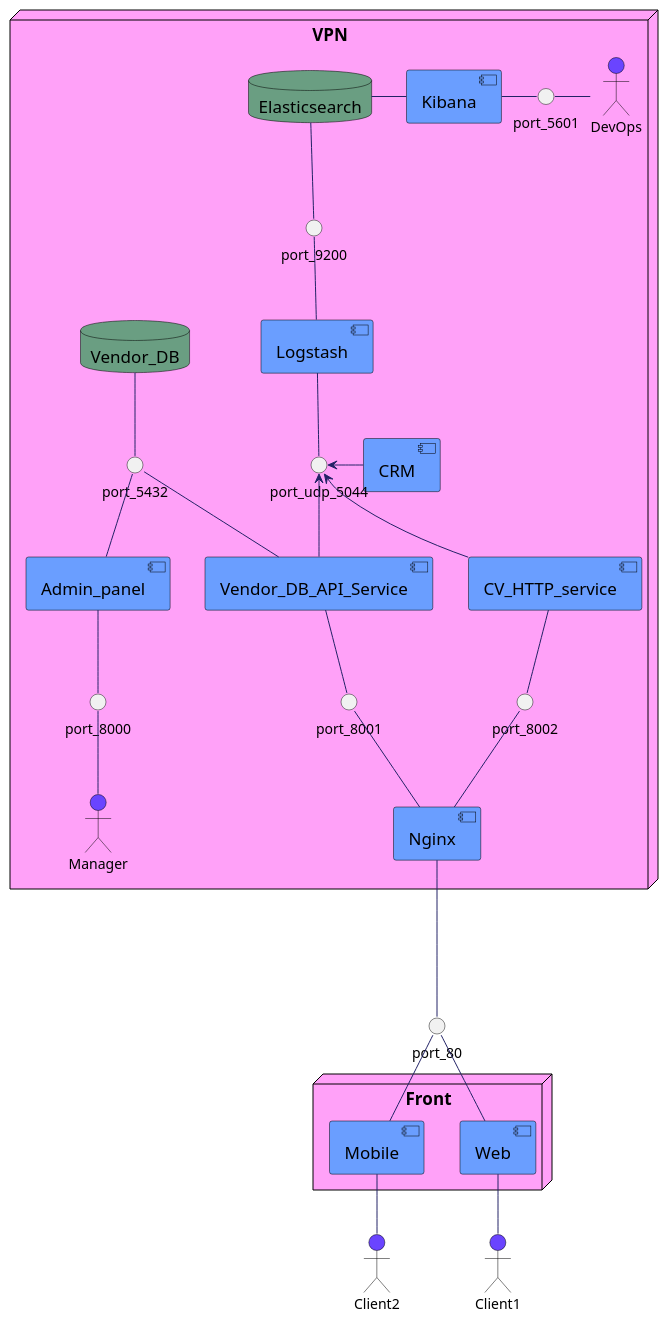
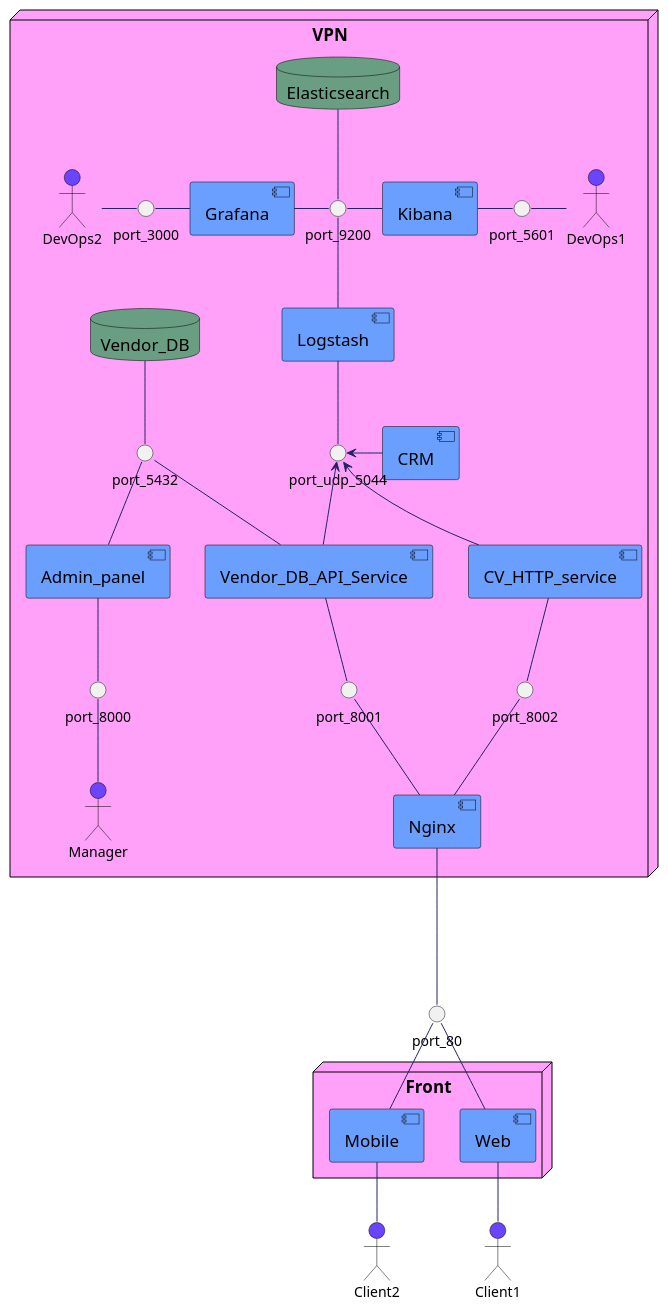
Before and after one commit to TNLinc/TonalCreamAssistant: the diagram in diagrams/backend/architecture.puml, drawn with PlantUML. The commit also changed 2 other files, not shown here.

```diff
--- a/diagrams/backend/architecture.puml
+++ b/diagrams/backend/architecture.puml
@@ -1,107 +1,113 @@
 @startuml
 skinparam component {
     FontColor          black
     AttributeFontColor black
     FontSize           17
     AttributeFontSize  15
     AttributeFontname  Droid Sans Mono
     BackgroundColor    #6A9EFF
     BorderColor        black
     ArrowColor         #222266
 }
 
 skinparam database {
     FontColor          black
     AttributeFontColor black
     FontSize           17
     AttributeFontSize  15
     AttributeFontname  Droid Sans Mono
     BackgroundColor    #6A9E82
     BorderColor        black
     ArrowColor         #222266
 }
 
 skinparam actor {
     BackgroundColor    #6A44ff
     BorderColor        black
     ArrowColor         #222266
 }
 
 skinparam node {
     FontColor          black
     AttributeFontColor black
     FontSize           17
     AttributeFontSize  15
     AttributeFontname  Droid Sans Mono
     BackgroundColor    #FFA1F8
     BorderColor        black
     ArrowColor         #222266
 }
 
 node "VPN"{
     database Elasticsearch
     database Vendor_DB
     component Logstash
 
     component Kibana
+    component Grafana
     component Admin_panel
     component Vendor_DB_API_Service
     component CV_HTTP_service
     component Nginx
     component CRM
 
     interface port_8000
     interface port_8001
     interface port_8002
     interface port_5432
     interface port_5601
     interface port_9200
+    interface port_3000
     interface port_udp_5044
 
     actor Manager
-    actor DevOps
+    actor DevOps1
+    actor DevOps2
 
     Admin_panel -up- port_5432
     Admin_panel -down- port_8000
 
     Elasticsearch -down- port_9200
     Logstash -down- port_udp_5044
     Logstash -up- port_9200
 
     Vendor_DB_API_Service -up- port_5432
     Vendor_DB_API_Service -up-> port_udp_5044
     Vendor_DB_API_Service -down- port_8001
     port_8001 -down- Nginx
 
     CV_HTTP_service -up-> port_udp_5044
     CV_HTTP_service -down- port_8002
     port_8002 -down- Nginx
 
     CRM -left-> port_udp_5044
 
-    Elasticsearch -right- Kibana
+    port_9200 -right- Kibana
+    port_9200 -left- Grafana
 
     Kibana -right- port_5601
+    Grafana -left- port_3000
 
-    DevOps -left- port_5601
+    DevOps1 -left- port_5601
+    DevOps2 -right- port_3000
 
     Manager -up- port_8000
 
     Vendor_DB -down- port_5432
 }
 
 interface port_80
 port_80 -up-- Nginx
 
 
 node "Front"{
     [Web] -up- port_80
     [Mobile] -up- port_80
 }
 
 actor Client1
 actor Client2
 
 Client1 -up- Web
 Client2 -up- Mobile
 @enduml
```
